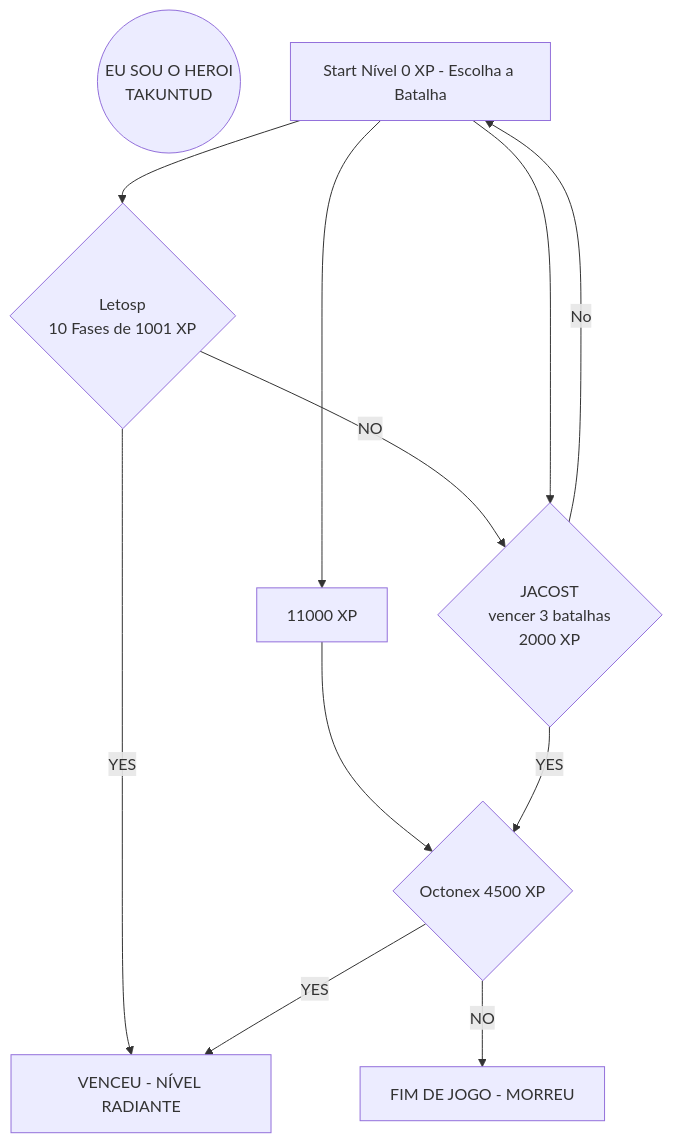
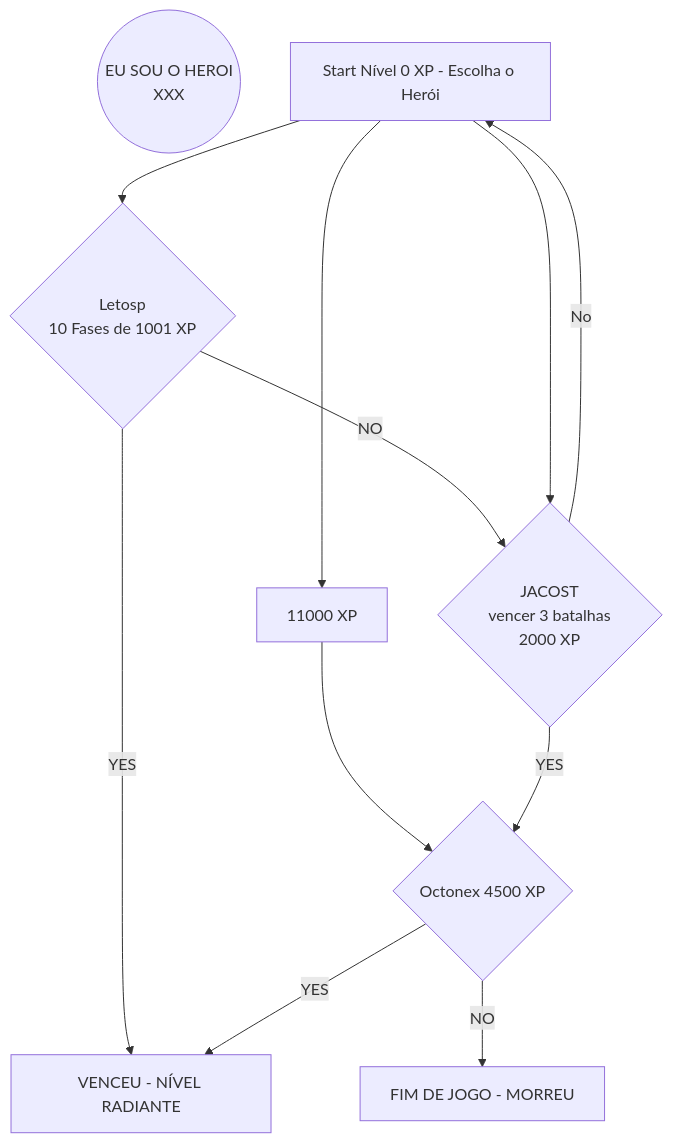
The second of 2 diagrams in README.md (sezarprog/desafio-nivel-heroi), drawn with Mermaid before and after one commit. The commit also changed other lines of this file, not shown here.

````diff
--- a/README.md
+++ b/README.md
@@ -14,24 +16,24 @@
 ```mermaid
 flowchart TD;
     Z((EU SOU O HEROI 
-TAKUNTUD));
-    A[Start Nível 0 XP - Escolha a Batalha]
+XXX));
+    A[Start Nível 0 XP - Escolha o Herói]
     A --> B{Letosp
  10 Fases de 1001 xp} -- YES --> H[VENCEU - NÍVEL RADIANTE];
     A --> X[11000 XP] --> G
 B{Letosp 
  10 Fases de 1001 XP} -- NO --> C{JACOST
  vencer 3 batalhas
  2000XP };
     A --> C{JACOST
  vencer 3 batalhas
  2000 XP };
    C{JACOST
  vencer 3 batalhas
  2000 XP } -- No --> A;
      C{JACOST
  vencer 3 batalhas 
 2000 XP } -- YES--> G{Octonex  4500 XP};
     G -- YES --> H[VENCEU - NÍVEL RADIANTE];
     G -- NO --> J[FIM DE JOGO - MORREU];
 ```  
````
